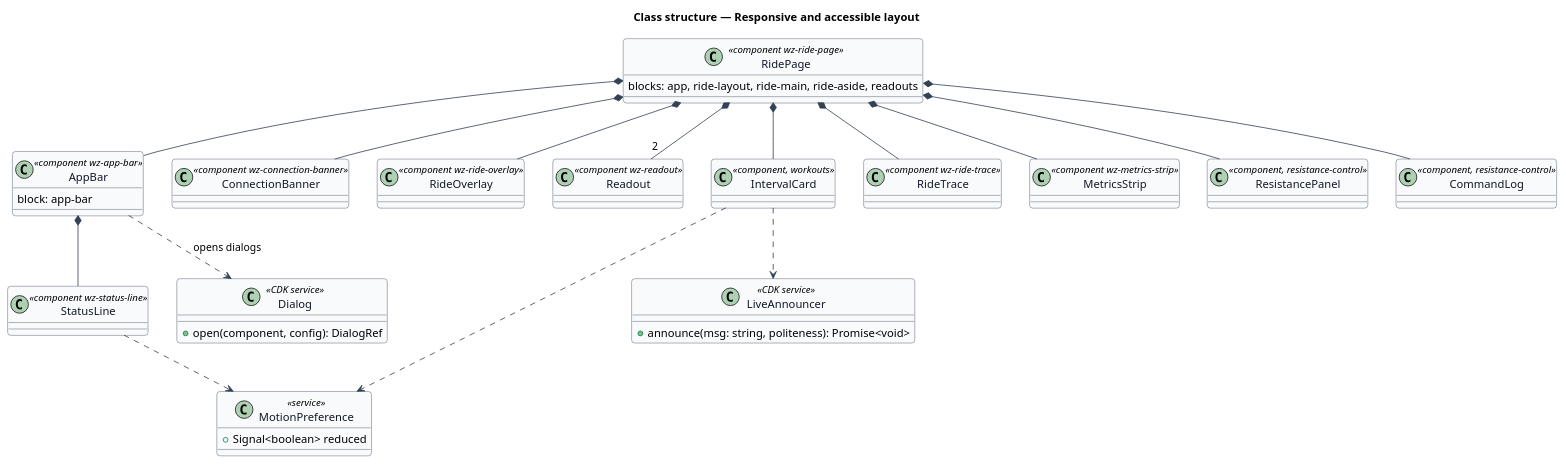
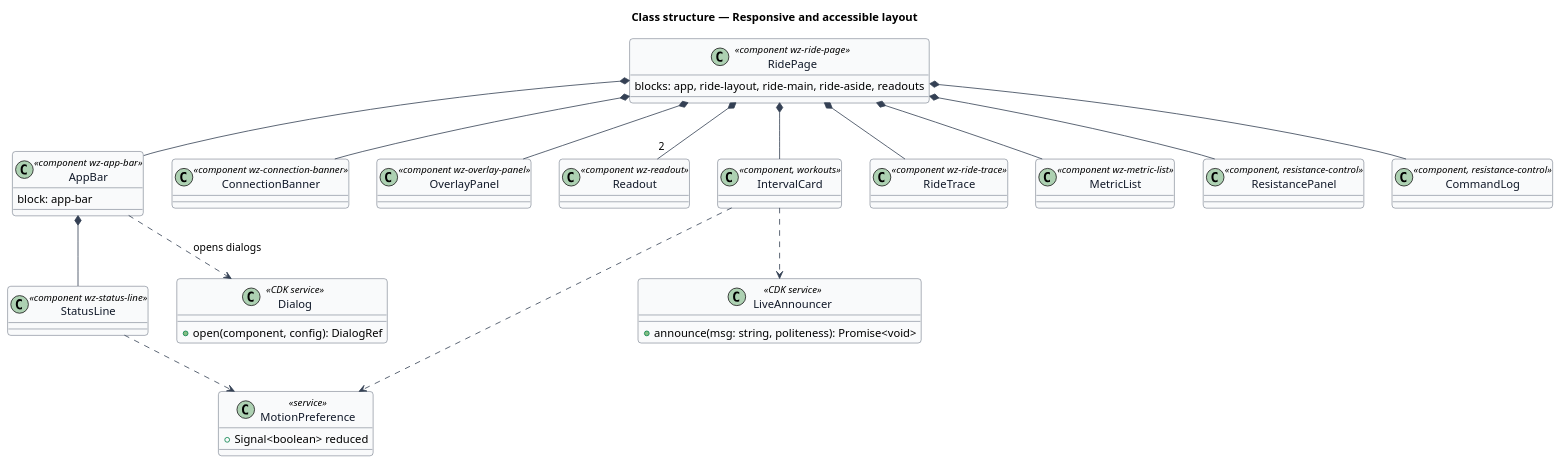
The diagram in docs/detailed-designs/dashboard/responsive-accessible-layout/diagrams/class-structure.puml (QuinntyneBrown/ride-one), drawn with PlantUML before and after one commit. The commit also changed 65 other files, not shown here.

```diff
--- a/docs/detailed-designs/dashboard/responsive-accessible-layout/diagrams/class-structure.puml
+++ b/docs/detailed-designs/dashboard/responsive-accessible-layout/diagrams/class-structure.puml
@@ -1,53 +1,53 @@
 @startuml
 skinparam backgroundColor #FFFFFF
 skinparam shadowing false
 skinparam roundcorner 8
 skinparam defaultFontName Arial
 skinparam ArrowColor #344054
 skinparam class {
   BorderColor #344054
   FontColor #101828
   BackgroundColor #F9FAFB
 }
 title Class structure — Responsive and accessible layout
 
 class RidePage <<component wz-ride-page>> {
   blocks: app, ride-layout, ride-main, ride-aside, readouts
 }
 class AppBar <<component wz-app-bar>> {
   block: app-bar
 }
 class StatusLine <<component wz-status-line>>
 class ConnectionBanner <<component wz-connection-banner>>
-class RideOverlay <<component wz-ride-overlay>>
+class OverlayPanel <<component wz-overlay-panel>>
 class Readout <<component wz-readout>>
 class IntervalCard <<component, workouts>>
 class RideTrace <<component wz-ride-trace>>
-class MetricsStrip <<component wz-metrics-strip>>
+class MetricList <<component wz-metric-list>>
 class ResistancePanel <<component, resistance-control>>
 class CommandLog <<component, resistance-control>>
 class MotionPreference <<service>> {
   +Signal<boolean> reduced
 }
 class LiveAnnouncer <<CDK service>> {
   +announce(msg: string, politeness): Promise<void>
 }
 class Dialog <<CDK service>> {
   +open(component, config): DialogRef
 }
 
 RidePage *-- AppBar
 RidePage *-- ConnectionBanner
 RidePage *-- "2" Readout
 RidePage *-- IntervalCard
 RidePage *-- RideTrace
-RidePage *-- MetricsStrip
-RidePage *-- RideOverlay
+RidePage *-- MetricList
+RidePage *-- OverlayPanel
 RidePage *-- ResistancePanel
 RidePage *-- CommandLog
 AppBar *-- StatusLine
 AppBar ..> Dialog : opens dialogs
 StatusLine ..> MotionPreference
 IntervalCard ..> MotionPreference
 IntervalCard ..> LiveAnnouncer
 @enduml
```
